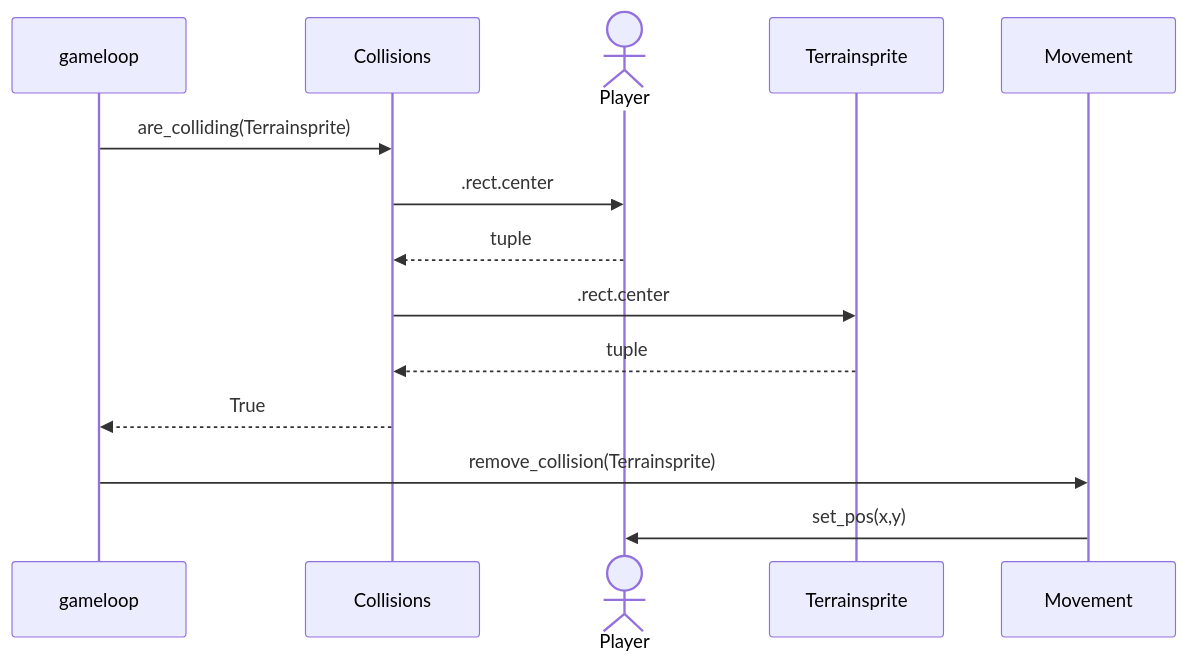
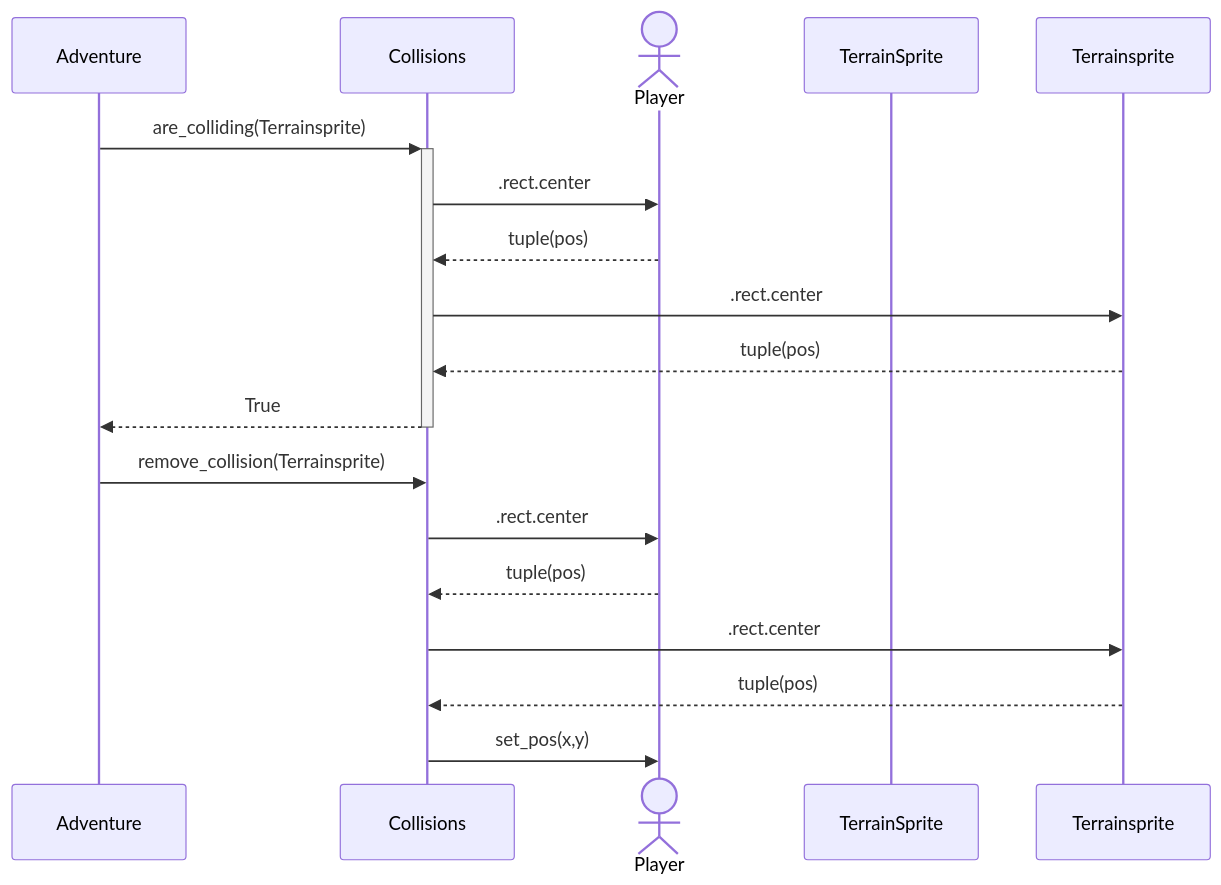
Before and after one commit to VehvilainenPooki/OTProjekti: the second of 2 diagrams in Payload_adventure_game/Documentation/ArchitectureDescription.md, drawn with Mermaid. The commit also changed other lines of this file, not shown here.

````diff
--- a/Payload_adventure_game/Documentation/ArchitectureDescription.md
+++ b/Payload_adventure_game/Documentation/ArchitectureDescription.md
@@ -49,16 +56,19 @@
 ```mermaid
 sequenceDiagram
-  participant gameloop
+  participant Adventure
   participant Collisions
   actor Player
-  participant Terrainsprite
-  participant Movement
-  gameloop->>Collisions: are_colliding(Terrainsprite)
+  participant TerrainSprite
+  Adventure->>+Collisions: are_colliding(Terrainsprite)
   Collisions->>Player: .rect.center
-  Player-->>Collisions: tuple
+  Player-->>Collisions: tuple(pos)
   Collisions->>Terrainsprite: .rect.center
-  Terrainsprite-->>Collisions: tuple
-  Collisions-->>gameloop: True
-  gameloop->>Movement: remove_collision(Terrainsprite)
-  Movement->>Player: set_pos(x,y)
+  Terrainsprite-->>Collisions: tuple(pos)
+  Collisions-->>-Adventure: True
+  Adventure->>Collisions: remove_collision(Terrainsprite)
+  Collisions->>Player: .rect.center
+  Player-->>Collisions: tuple(pos)
+  Collisions->>Terrainsprite: .rect.center
+  Terrainsprite-->>Collisions: tuple(pos)
+  Collisions->>Player: set_pos(x,y)
 ```
````
